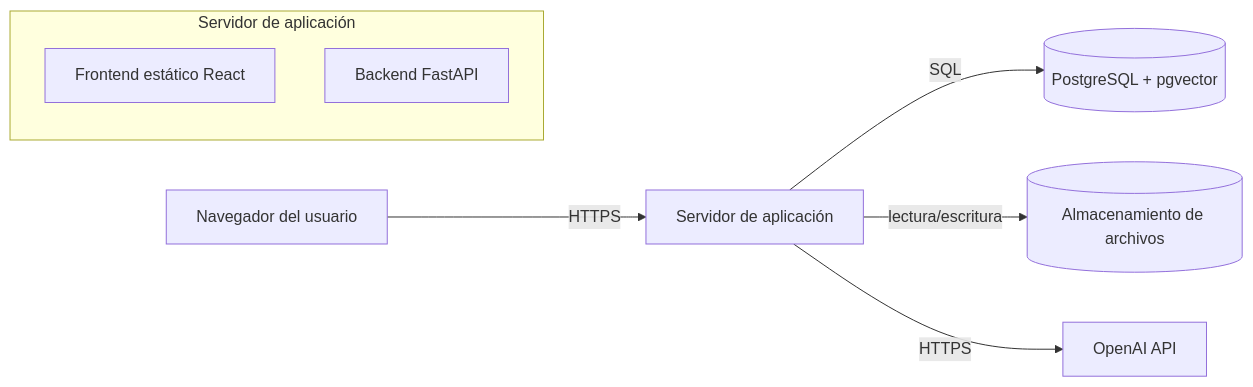
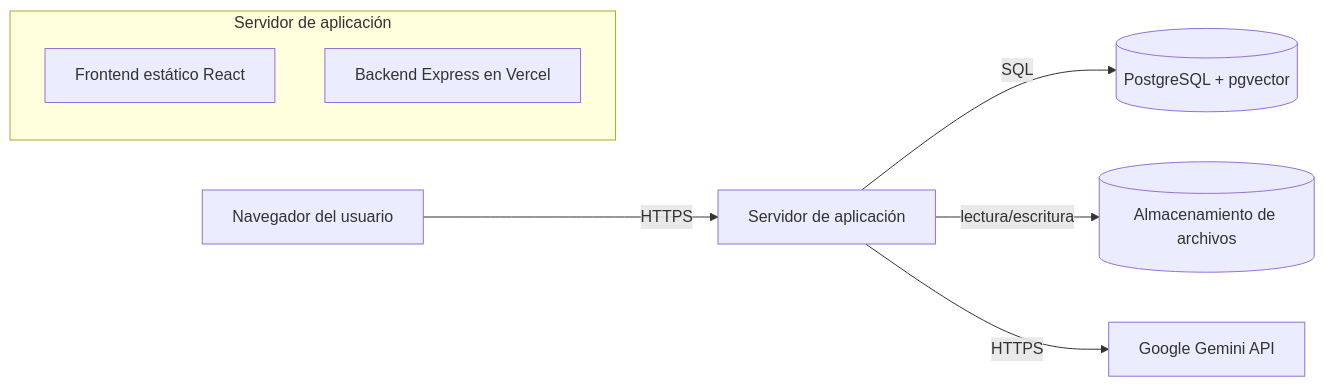
Before and after one commit to JosephV-Q/Repositorio_Inteligente: the second of 2 diagrams in 02_Diseno/1-Arquitectura_General.md, drawn with Mermaid. The commit also changed other lines of this file and 21 other files, not shown here.

````diff
--- a/02_Diseno/1-Arquitectura_General.md
+++ b/02_Diseno/1-Arquitectura_General.md
@@ -90,11 +90,11 @@
 ```mermaid
 graph LR
     Navegador[Navegador del usuario] -->|HTTPS| Servidor[Servidor de aplicación]
     subgraph Servidor de aplicación
         FE2[Frontend estático React]
-        BE2[Backend FastAPI]
+        BE2[Backend Express en Vercel]
     end
     Servidor -->|SQL| PG[(PostgreSQL + pgvector)]
     Servidor -->|lectura/escritura| Disco[(Almacenamiento de archivos)]
-    Servidor -->|HTTPS| OpenAI[OpenAI API]
+    Servidor -->|HTTPS| Gemini[Google Gemini API]
 ```
````
